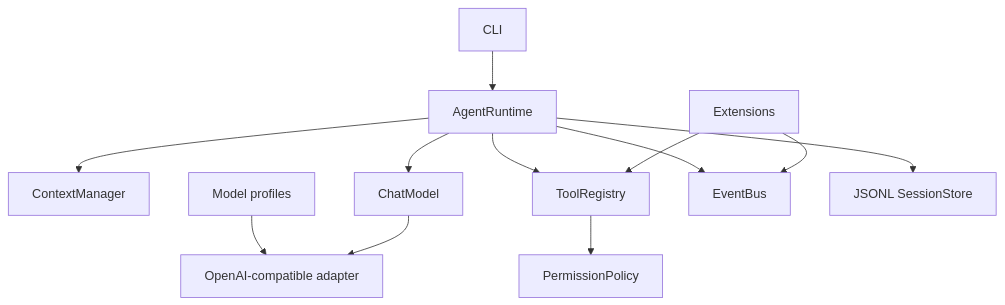
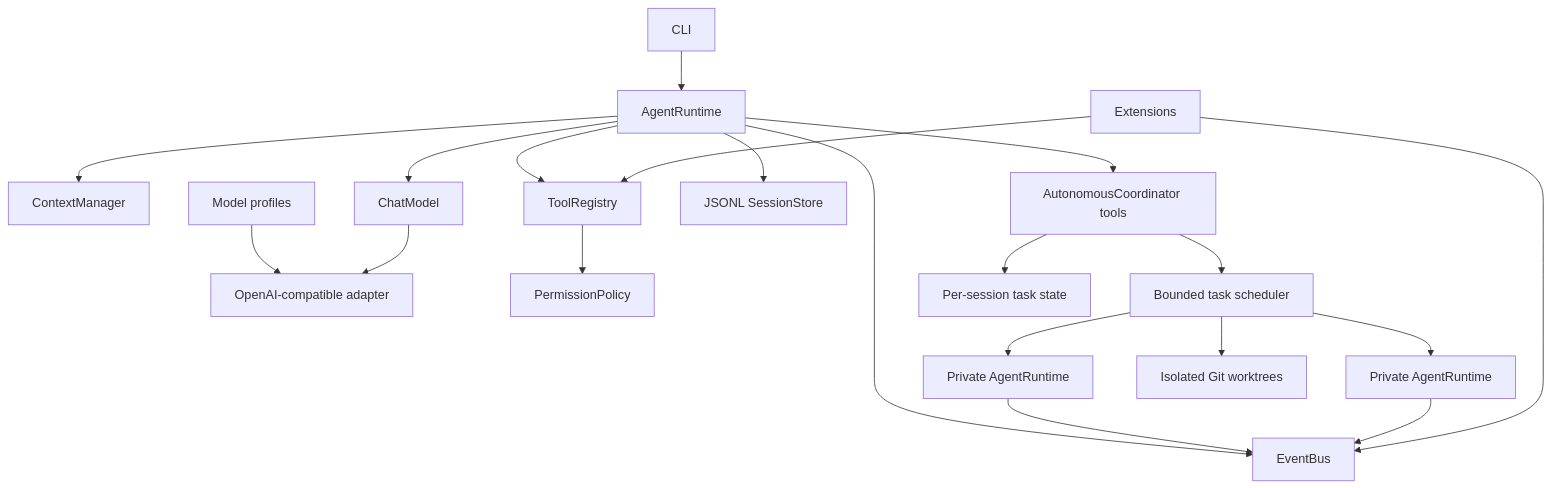
Before and after one commit to hajimi1214/AgentDU: the diagram in docs/architecture.md, drawn with Mermaid. The commit also changed other lines of this file and 10 other files, not shown here.

````diff
--- a/docs/architecture.md
+++ b/docs/architecture.md
@@ -5,14 +5,22 @@
 ```mermaid
 flowchart TD
     CLI[CLI] --> Runtime[AgentRuntime]
     Runtime --> Context[ContextManager]
     Runtime --> Model[ChatModel]
     Settings[Model profiles] --> Provider[OpenAI-compatible adapter]
     Model --> Provider
     Runtime --> Tools[ToolRegistry]
     Tools --> Policy[PermissionPolicy]
     Runtime --> Events[EventBus]
     Runtime --> Store[JSONL SessionStore]
+    Runtime --> Orchestrator[AutonomousCoordinator tools]
+    Orchestrator --> Scheduler[Bounded task scheduler]
+    Scheduler --> WorkerA[Private AgentRuntime]
+    Scheduler --> WorkerB[Private AgentRuntime]
+    Orchestrator --> TaskState[Per-session task state]
+    Scheduler --> Git[Isolated Git worktrees]
+    WorkerA --> Events
+    WorkerB --> Events
     Extensions[Extensions] --> Tools
     Extensions --> Events
 ```
````
